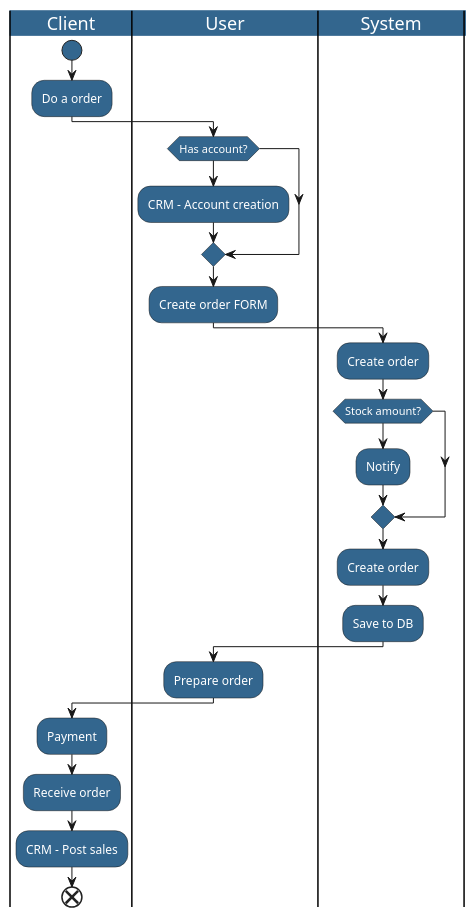
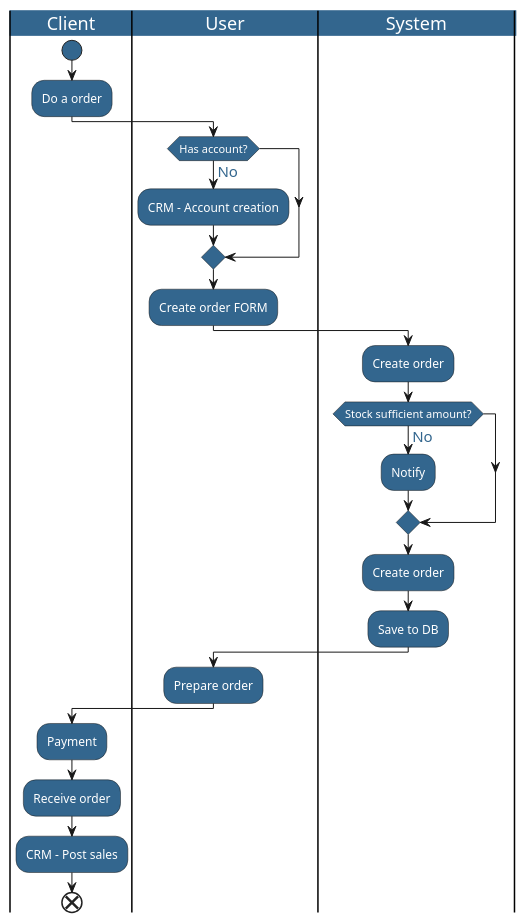
One commit to ines-erp/knowledgebase changed the diagram in Diagrams/GettingStarted/Sales/sales_flow.puml. Above: the diagram before and after it, drawn with PlantUML. The commit also changed 1 other file, not shown here.

Commit message:
Updating font color

```diff
--- a/Diagrams/GettingStarted/Sales/sales_flow.puml
+++ b/Diagrams/GettingStarted/Sales/sales_flow.puml
@@ -1,51 +1,52 @@
 @startuml
 <style>
 activityDiagram {
   BackgroundColor #33668E
   FontColor #fff
 }
+
+arrow {
+FontColor #33668E
+FontName arial
+FontSize 15
+
+}
+
 
 document {
     BackgroundColor Transparent
 }
 </style>
 
 |Client|
 start
 :Do a order;
 
 |User|
 if (Has account?) is (No) then
 :CRM - Account creation;
 endif
 
 :Create order FORM;
 
 |System|
 :Create order;
 
-if (Stock amount?) is (insufficient) then
+if (Stock sufficient amount?) is (No) then
   :Notify;
 endif
 
 :Create order;
 :Save to DB;
 
 |User|
 :Prepare order;
 
 |Client|
 :Payment;
 :Receive order;
 :CRM - Post sales;
 
 end
 
-
-'repeat :Stock management flow;
-'backward:Stock not OK;
-'repeat while (stock amount) is (Not OK)
-
-
-
 @enduml
```
